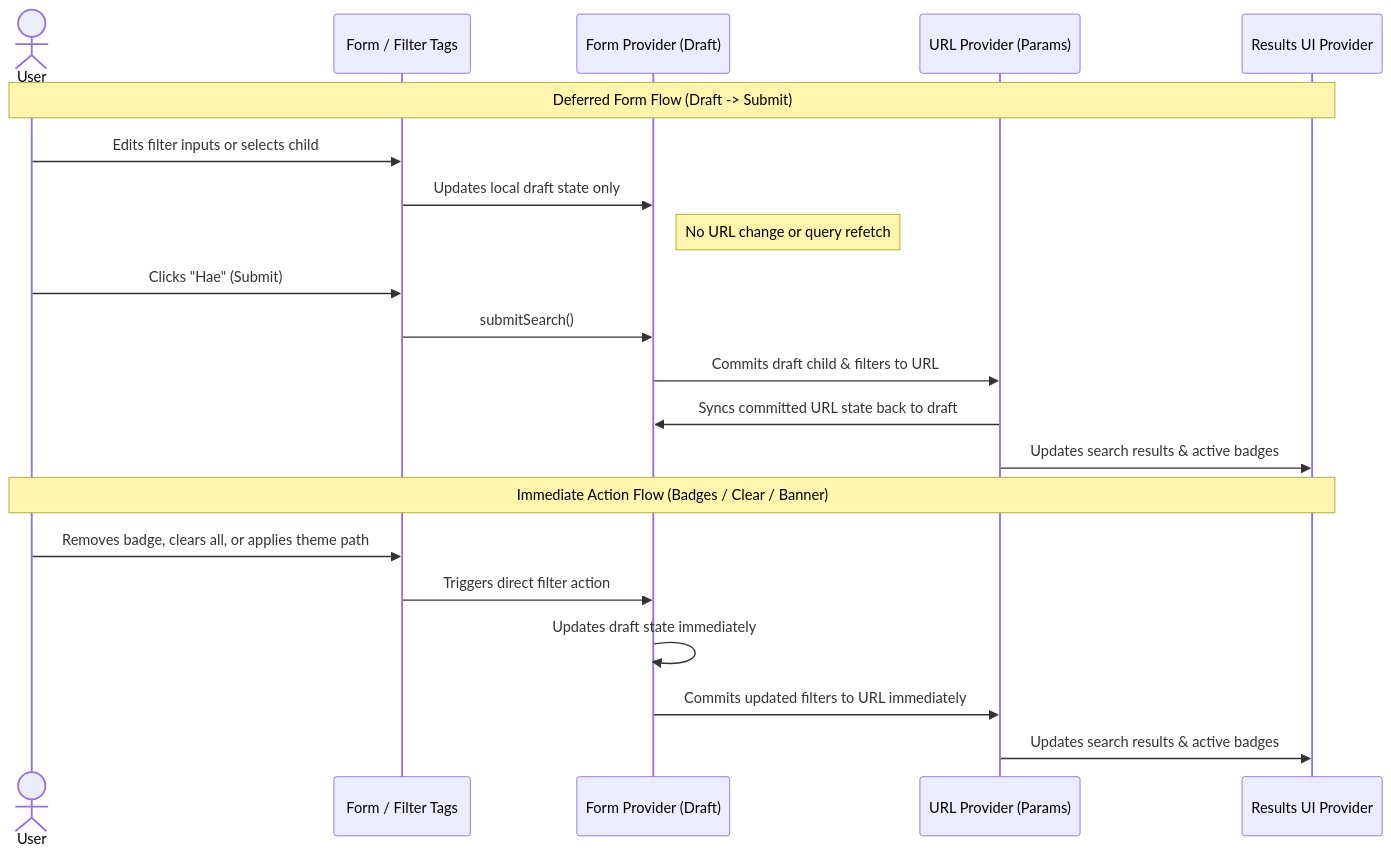
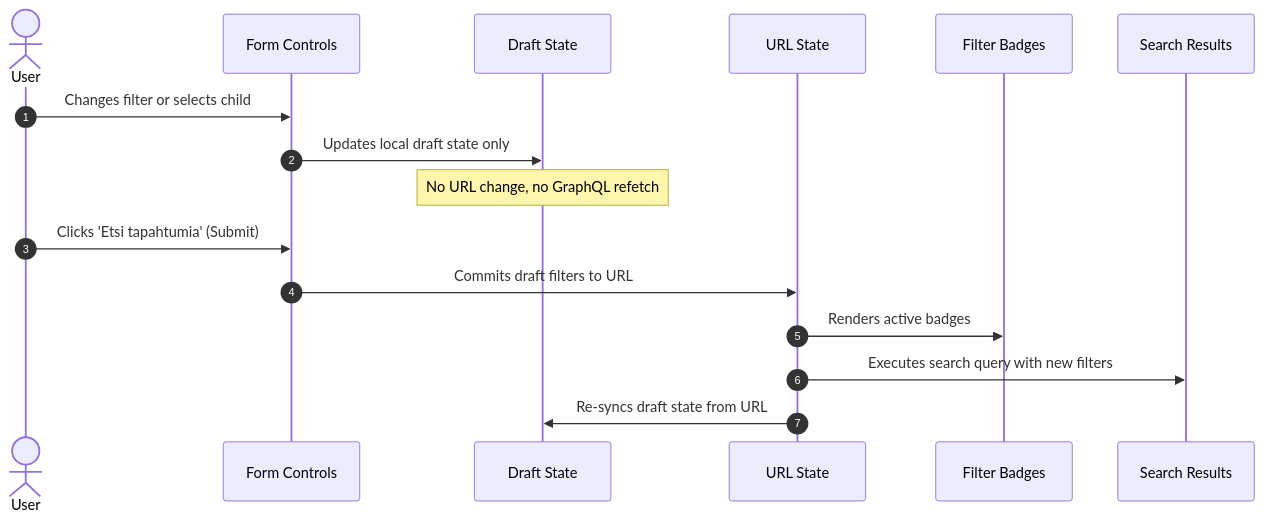
Before and after one commit to City-of-Helsinki/kukkuu-ui: the second of 3 diagrams in src/domain/event/search/README.md, drawn with Mermaid. The commit also changed other lines of this file and 16 other files, not shown here.

First line of the commit message:
refactor(events): improve search architecture and type safety

````diff
--- a/src/domain/event/search/README.md
+++ b/src/domain/event/search/README.md
@@ -70,25 +58,19 @@
 ```mermaid
 sequenceDiagram
+    autonumber
     actor User
-    participant UI as Form / Filter Tags
-    participant Draft as Form Provider (Draft)
-    participant URL as URL Provider (Params)
-    participant Query as Results UI Provider
+    participant Form as Form Controls
+    participant Draft as Draft State
+    participant URL as URL State
+    participant Badges as Filter Badges
+    participant Results as Search Results
 
-    Note over User,Query: Deferred Form Flow (Draft -> Submit)
-    User->>UI: Edits filter inputs or selects child
-    UI->>Draft: Updates local draft state only
-    Note right of Draft: No URL change or query refetch
-    User->>UI: Clicks "Hae" (Submit)
-    UI->>Draft: submitSearch()
-    Draft->>URL: Commits draft child & filters to URL
-    URL->>Draft: Syncs committed URL state back to draft
-    URL->>Query: Updates search results & active badges
-
-    Note over User,Query: Immediate Action Flow (Badges / Clear / Banner)
-    User->>UI: Removes badge, clears all, or applies theme path
-    UI->>Draft: Triggers direct filter action
-    Draft->>Draft: Updates draft state immediately
-    Draft->>URL: Commits updated filters to URL immediately
-    URL->>Query: Updates search results & active badges
+    User->>Form: Changes filter or selects child
+    Form->>Draft: Updates local draft state only
+    Note over Draft: No URL change, no GraphQL refetch
+    User->>Form: Clicks 'Etsi tapahtumia' (Submit)
+    Form->>URL: Commits draft filters to URL
+    URL->>Badges: Renders active badges
+    URL->>Results: Executes search query with new filters
+    URL->>Draft: Re-syncs draft state from URL
 ```
````
